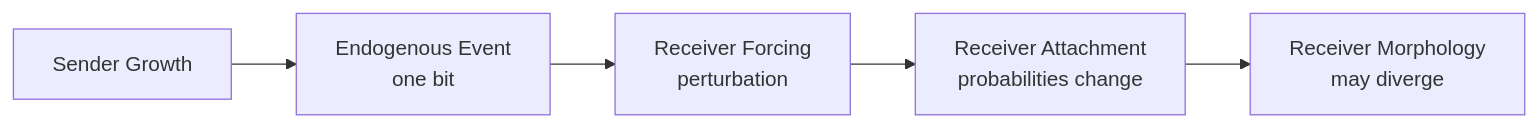
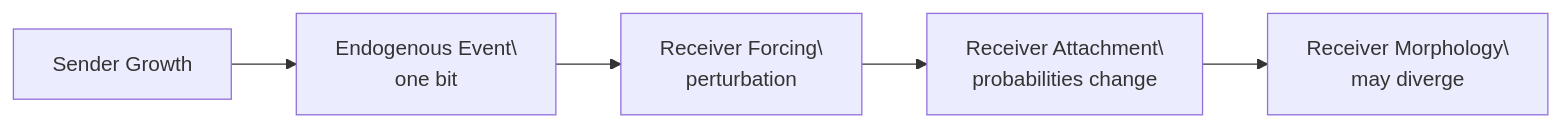
Before and after one commit to ernanhughes/Digital-Life: the first of 5 diagrams in content/books/digital-life/16-before-there-are-messages.md/index.md, drawn with Mermaid. The commit also changed other lines of this file and 4 other files, not shown here.

````diff
--- a/content/books/digital-life/16-before-there-are-messages.md/index.md
+++ b/content/books/digital-life/16-before-there-are-messages.md/index.md
@@ -68,7 +68,7 @@
 ```mermaid
 flowchart LR
-    S[Sender Growth] --> E[Endogenous Event<br/>one bit]
-    E --> R[Receiver Forcing<br/>perturbation]
-    R --> P[Receiver Attachment<br/>probabilities change]
-    P --> M[Receiver Morphology<br/>may diverge]
+    S[Sender Growth] --> E[Endogenous Event\<br/>one bit]
+    E --> R[Receiver Forcing\<br/>perturbation]
+    R --> P[Receiver Attachment\<br/>probabilities change]
+    P --> M[Receiver Morphology\<br/>may diverge]
 ```
````
